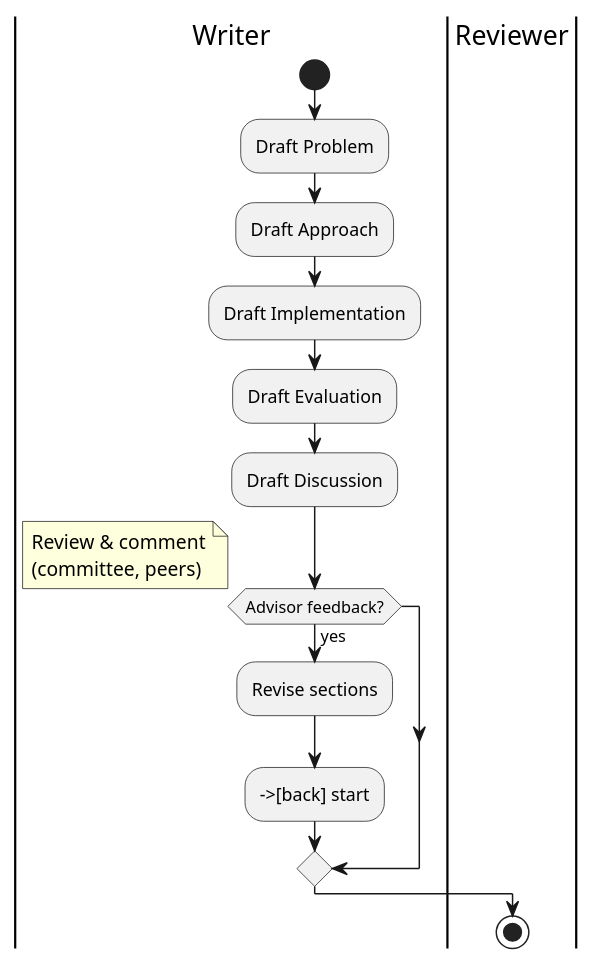
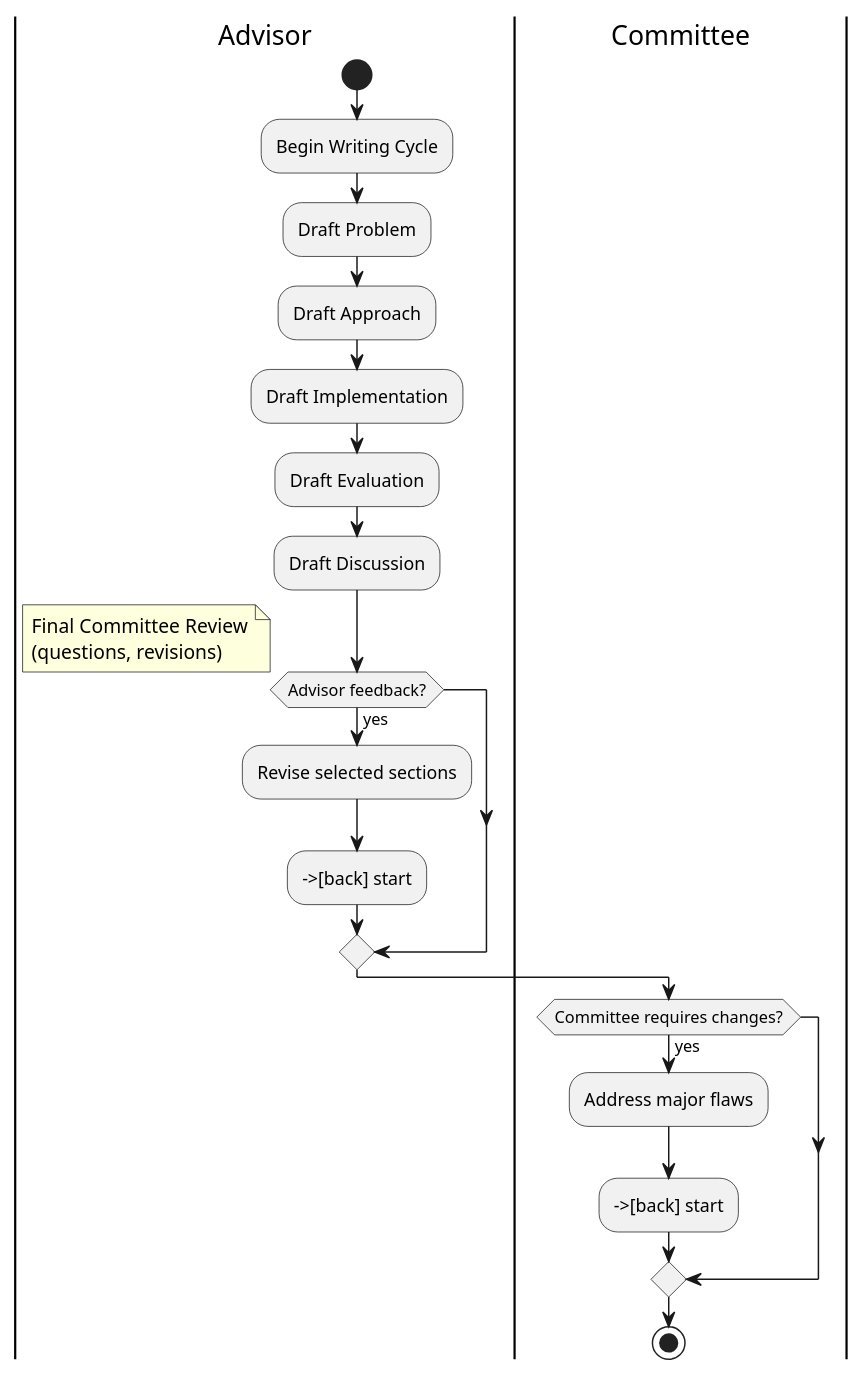
One commit to InquiryInstitute/AIPA changed the first of 2 diagrams in aipa/llm-elevated/ch12-lecture-06.adoc. Above: the diagram before and after it, drawn with PlantUML. The commit also changed other lines of this file and 128 other files, not shown here.

```diff
--- a/aipa/llm-elevated/ch12-lecture-06.adoc
+++ b/aipa/llm-elevated/ch12-lecture-06.adoc
@@ -97,19 +117,24 @@
 [plantuml,ch12-l06-iterative,png,theme=sketchy-outline]
 ....
 @startuml
-|Writer|
+|Advisor|
 start
+:Begin Writing Cycle;
 :Draft Problem;
 :Draft Approach;
 :Draft Implementation;
 :Draft Evaluation;
 :Draft Discussion;
 if (Advisor feedback?) then (yes)
-  :Revise sections;
+  :Revise selected sections;
   -->[back] start
 endif
-|Reviewer|
-note right: Review & comment\n(committee, peers)
+|Committee|
+note right: Final Committee Review\n(questions, revisions)
+if (Committee requires changes?) then (yes)
+  :Address major flaws;
+  -->[back] start
+endif
 stop
 @enduml
 ....
```
